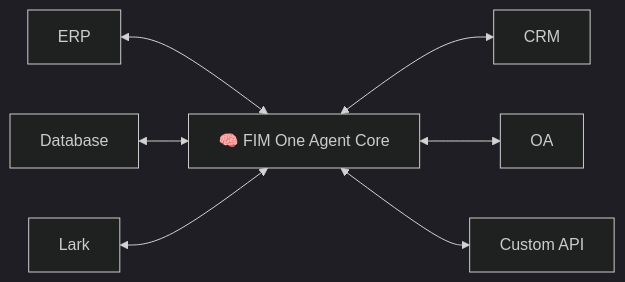
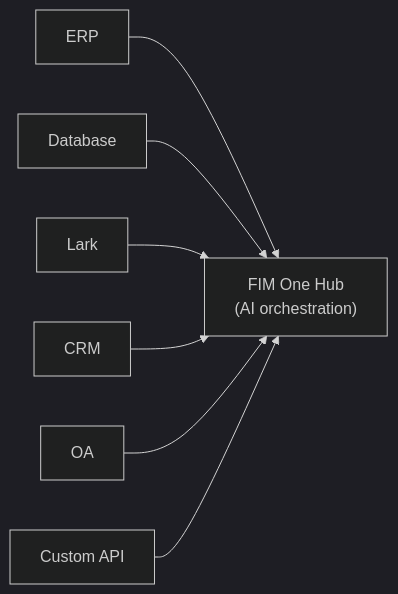
Before and after one commit to fim-ai/fim-one: the first of 4 diagrams in README.zh.md, drawn with Mermaid (dark theme). The commit also changed other lines of this file and 36 other files, not shown here.

First line of the commit message:
refactor: complete fim-agent to fim-one rename across entire codebase

````diff
--- a/README.zh.md
+++ b/README.zh.md
@@ -38,9 +52,9 @@
 ```mermaid
 graph LR
-    ERP <--> Hub["🧠 FIM One Agent Core"]
-    Database <--> Hub
-    Lark <--> Hub
-    Hub <--> CRM
-    Hub <--> OA
-    Hub <--> API[Custom API]
+    ERP --> Hub["FIM One Hub<br/>(AI orchestration)"]
+    Database --> Hub
+    Lark --> Hub
+    CRM --> Hub
+    OA --> Hub
+    API[Custom API] --> Hub
 ```
````
